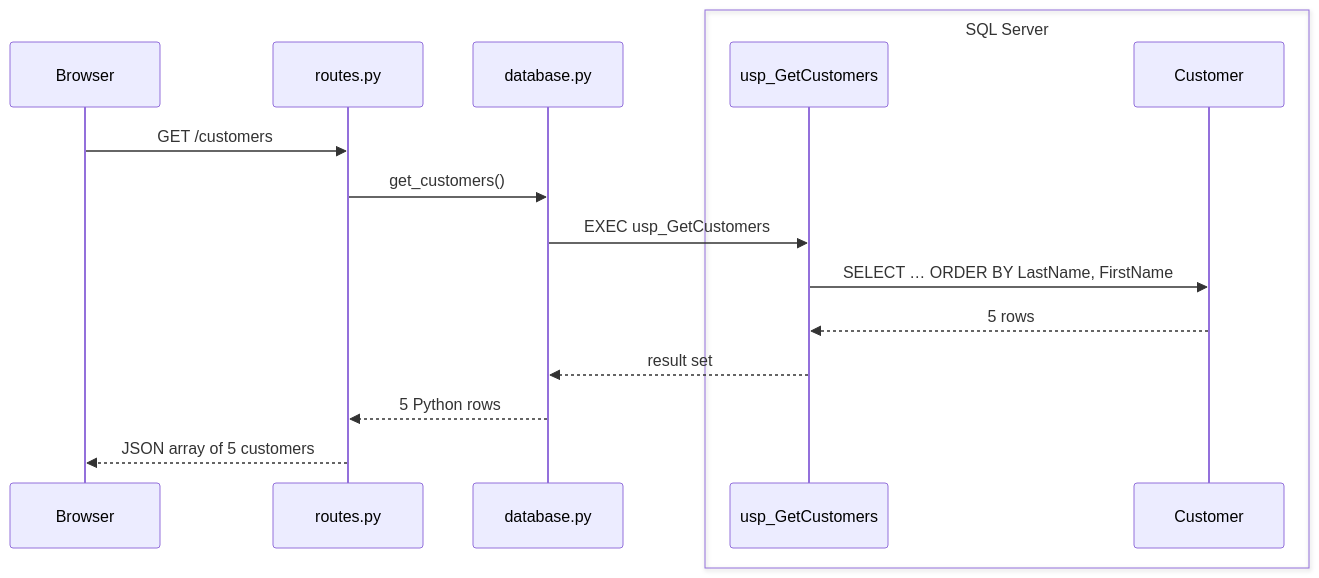
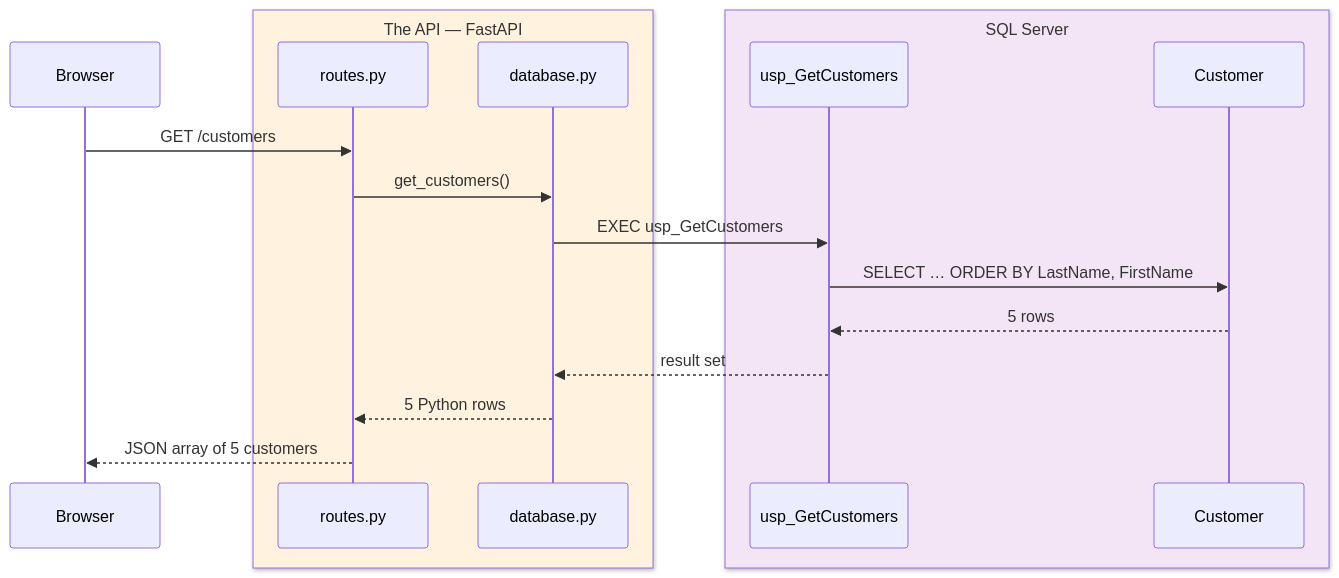
The second of 6 diagrams in demos/obp-rest-demo/how-it-works.md (tjovic/database-design-labs-public), drawn with Mermaid before and after one commit. The commit also changed 1 other file, not shown here.

Commit message:
Add Postman collection for REST demo
Add tested requests for customer and invoice endpoints, including invoice CRUD and a 404 example. Clarify the API and SQL Server boundaries in the request sequence diagram.

````diff
--- a/demos/obp-rest-demo/how-it-works.md
+++ b/demos/obp-rest-demo/how-it-works.md
@@ -77,18 +77,20 @@
 ```mermaid
 sequenceDiagram
     participant B as Browser
-    participant R as routes.py
-    participant D as database.py
-    box SQL Server
+    box rgb(255,243,224) The API — FastAPI
+        participant R as routes.py
+        participant D as database.py
+    end
+    box rgb(243,229,245) SQL Server
         participant P as usp_GetCustomers
         participant T as Customer
     end
     B->>R: GET /customers
     R->>D: get_customers()
     D->>P: EXEC usp_GetCustomers
     P->>T: SELECT … ORDER BY LastName, FirstName
     T-->>P: 5 rows
     P-->>D: result set
     D-->>R: 5 Python rows
     R-->>B: JSON array of 5 customers
 ```
````
